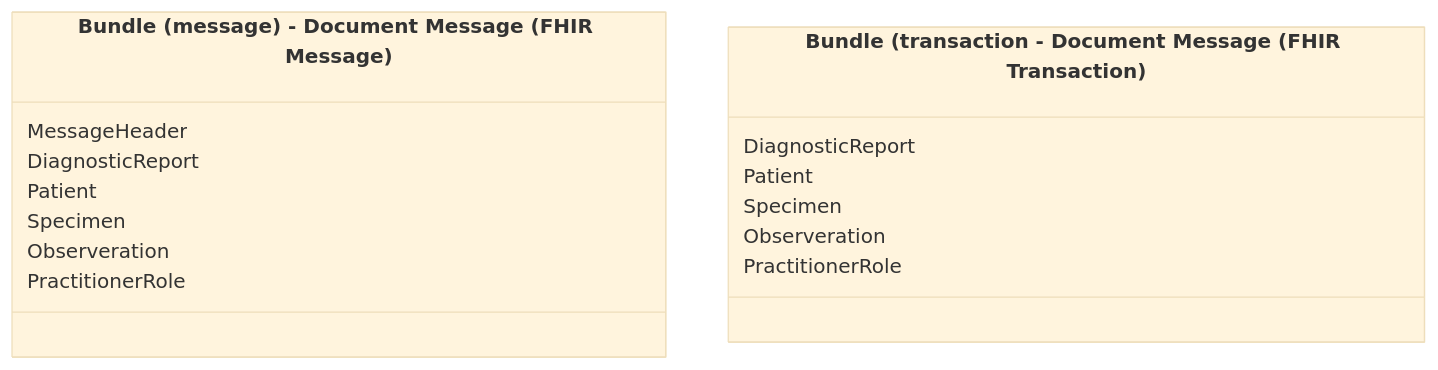
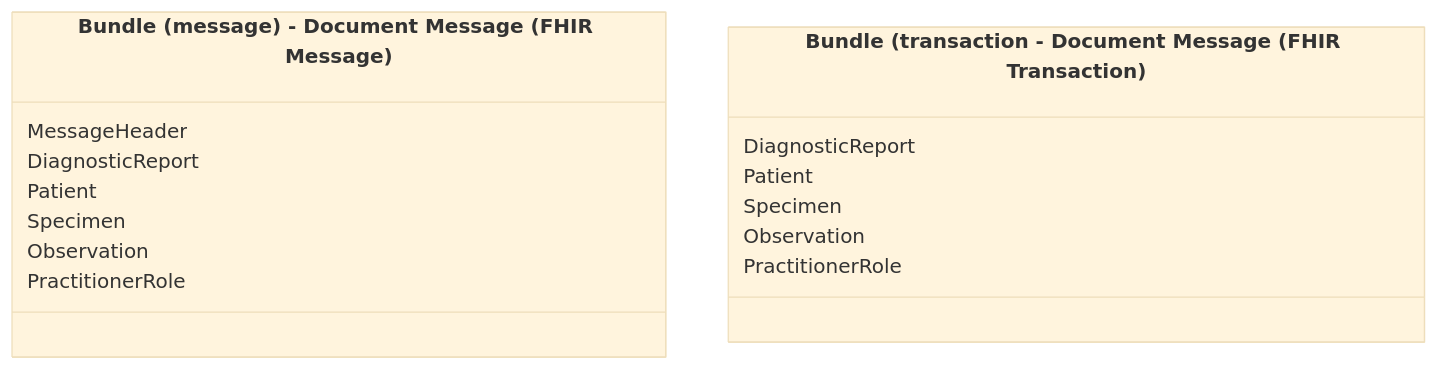
The third of 16 diagrams in input/pagecontent/exchange.md (nw-gmsa/nw-gmsa.github.com), drawn with Mermaid (base theme) before and after one commit. The commit also changed other lines of this file and 16 other files, not shown here.

````diff
--- a/input/pagecontent/exchange.md
+++ b/input/pagecontent/exchange.md
@@ -77,19 +77,19 @@
 ```mermaid
 classDiagram
     class Bundle["Bundle (message) - Document Message (FHIR Message)" ] {
         MessageHeader 
         DiagnosticReport 
         Patient 
         Specimen 
-        Observeration 
+        Observation 
         PractitionerRole
     }
 
       class Bundle2["Bundle (transaction - Document Message (FHIR Transaction)" ] {
         DiagnosticReport 
         Patient 
         Specimen 
-        Observeration 
+        Observation 
         PractitionerRole
     }
 ```
````
